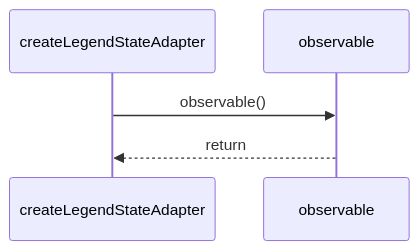
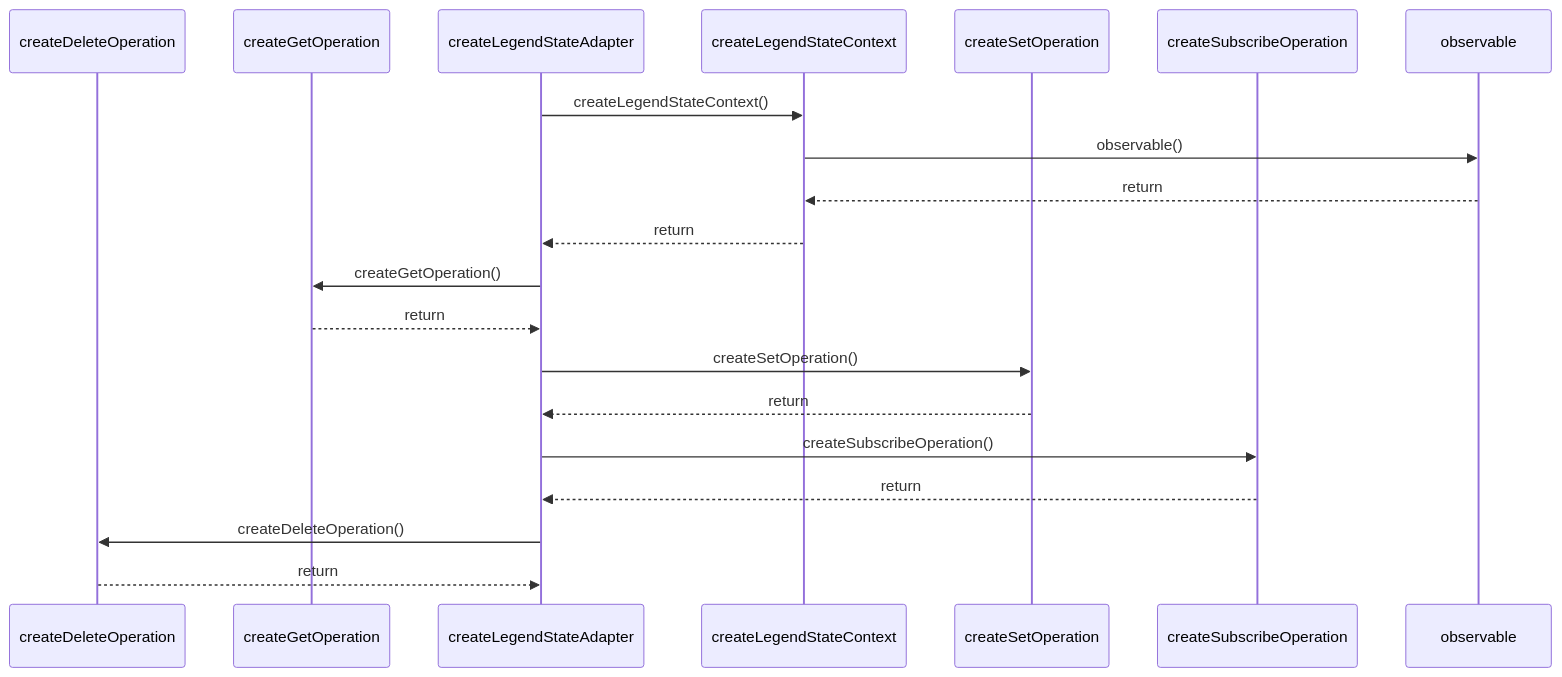
Before and after one commit to ankhorage/state-legend: the diagram in paradox/diagrams/sequences/create-legend-state-adapter.mmd, drawn with Mermaid. The commit also changed 20 other files, not shown here.

```diff
--- a/paradox/diagrams/sequences/create-legend-state-adapter.mmd
+++ b/paradox/diagrams/sequences/create-legend-state-adapter.mmd
@@ -1,5 +1,20 @@
 sequenceDiagram
+  participant participant_createDeleteOperation as createDeleteOperation
+  participant participant_createGetOperation as createGetOperation
   participant participant_createLegendStateAdapter as createLegendStateAdapter
+  participant participant_createLegendStateContext as createLegendStateContext
+  participant participant_createSetOperation as createSetOperation
+  participant participant_createSubscribeOperation as createSubscribeOperation
   participant participant_observable as observable
-  participant_createLegendStateAdapter->>participant_observable: observable()
-  participant_observable-->>participant_createLegendStateAdapter: return
+  participant_createLegendStateAdapter->>participant_createLegendStateContext: createLegendStateContext()
+  participant_createLegendStateContext->>participant_observable: observable()
+  participant_observable-->>participant_createLegendStateContext: return
+  participant_createLegendStateContext-->>participant_createLegendStateAdapter: return
+  participant_createLegendStateAdapter->>participant_createGetOperation: createGetOperation()
+  participant_createGetOperation-->>participant_createLegendStateAdapter: return
+  participant_createLegendStateAdapter->>participant_createSetOperation: createSetOperation()
+  participant_createSetOperation-->>participant_createLegendStateAdapter: return
+  participant_createLegendStateAdapter->>participant_createSubscribeOperation: createSubscribeOperation()
+  participant_createSubscribeOperation-->>participant_createLegendStateAdapter: return
+  participant_createLegendStateAdapter->>participant_createDeleteOperation: createDeleteOperation()
+  participant_createDeleteOperation-->>participant_createLegendStateAdapter: return
```
